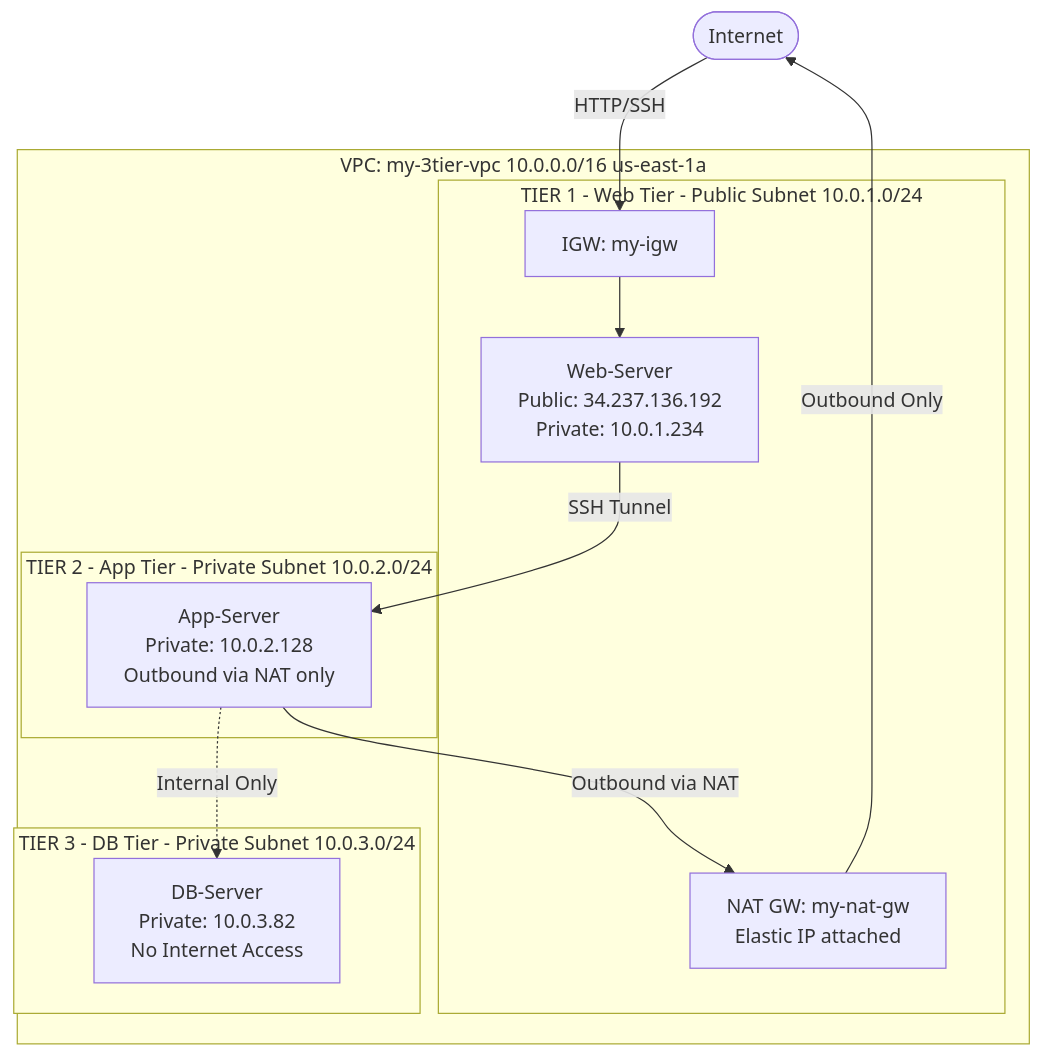
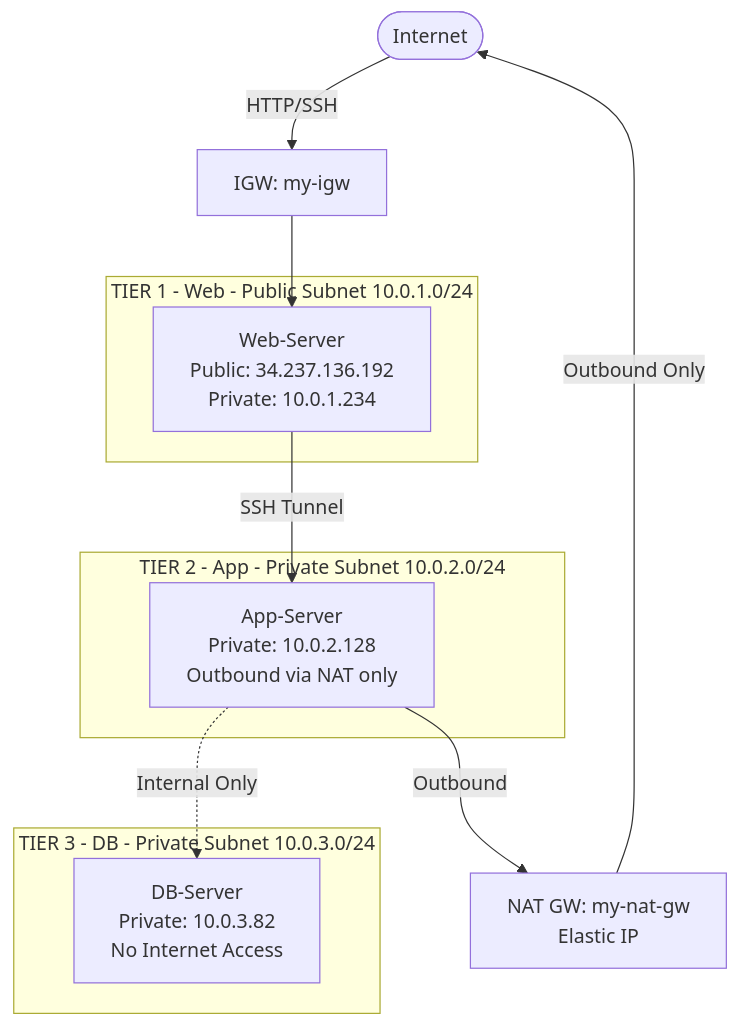
One commit to pro402/PrasunMaity_PPT_Assessment changed the diagram in Task10_VPC_3_Tier_Architecture/README.md. Above: the diagram before and after it, drawn with Mermaid.

Commit message:
Refactor VPC architecture diagram in README

````diff
--- a/Task10_VPC_3_Tier_Architecture/README.md
+++ b/Task10_VPC_3_Tier_Architecture/README.md
@@ -34,29 +34,25 @@
 ```mermaid
 flowchart TD
     Internet(["Internet"])
+    IGW["IGW: my-igw"]
+    NAT["NAT GW: my-nat-gw<br/>Elastic IP"]
 
-    subgraph VPC["VPC: my-3tier-vpc  10.0.0.0/16  us-east-1a"]
+    subgraph Tier1["TIER 1 - Web - Public Subnet 10.0.1.0/24"]
+        WEB["Web-Server<br/>Public: 34.237.136.192<br/>Private: 10.0.1.234"]
+    end
 
-        subgraph Tier1["TIER 1 - Web Tier - Public Subnet 10.0.1.0/24"]
-            IGW["IGW: my-igw"]
-            WEB["Web-Server\nPublic: 34.237.136.192\nPrivate: 10.0.1.234"]
-            NAT["NAT GW: my-nat-gw\nElastic IP attached"]
-        end
+    subgraph Tier2["TIER 2 - App - Private Subnet 10.0.2.0/24"]
+        APP["App-Server<br/>Private: 10.0.2.128<br/>Outbound via NAT only"]
+    end
 
-        subgraph Tier2["TIER 2 - App Tier - Private Subnet 10.0.2.0/24"]
-            APP["App-Server\nPrivate: 10.0.2.128\nOutbound via NAT only"]
-        end
-
-        subgraph Tier3["TIER 3 - DB Tier - Private Subnet 10.0.3.0/24"]
-            DB["DB-Server\nPrivate: 10.0.3.82\nNo Internet Access"]
-        end
-
+    subgraph Tier3["TIER 3 - DB - Private Subnet 10.0.3.0/24"]
+        DB["DB-Server<br/>Private: 10.0.3.82<br/>No Internet Access"]
     end
 
     Internet -->|HTTP/SSH| IGW
     IGW --> WEB
     WEB -->|SSH Tunnel| APP
-    APP -->|Outbound via NAT| NAT
+    APP -->|Outbound| NAT
     NAT -->|Outbound Only| Internet
     APP -.->|Internal Only| DB
 ```
````
